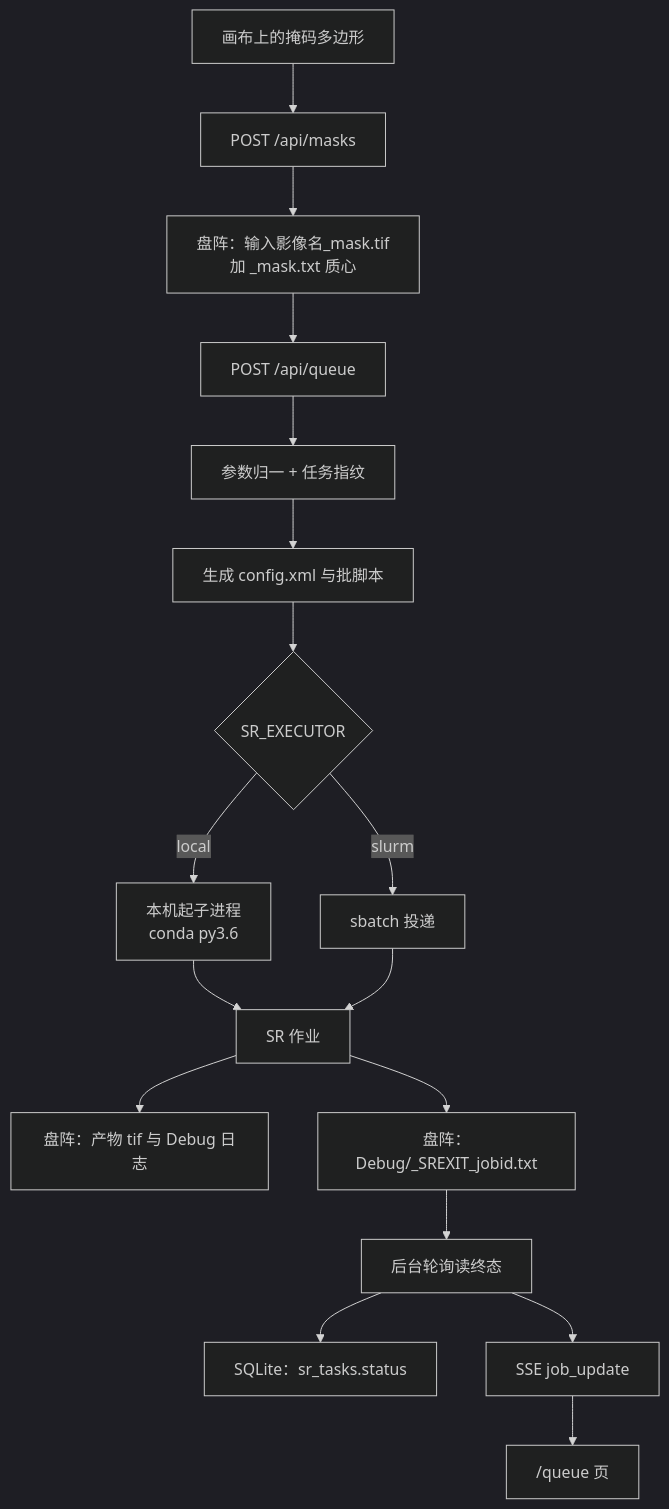
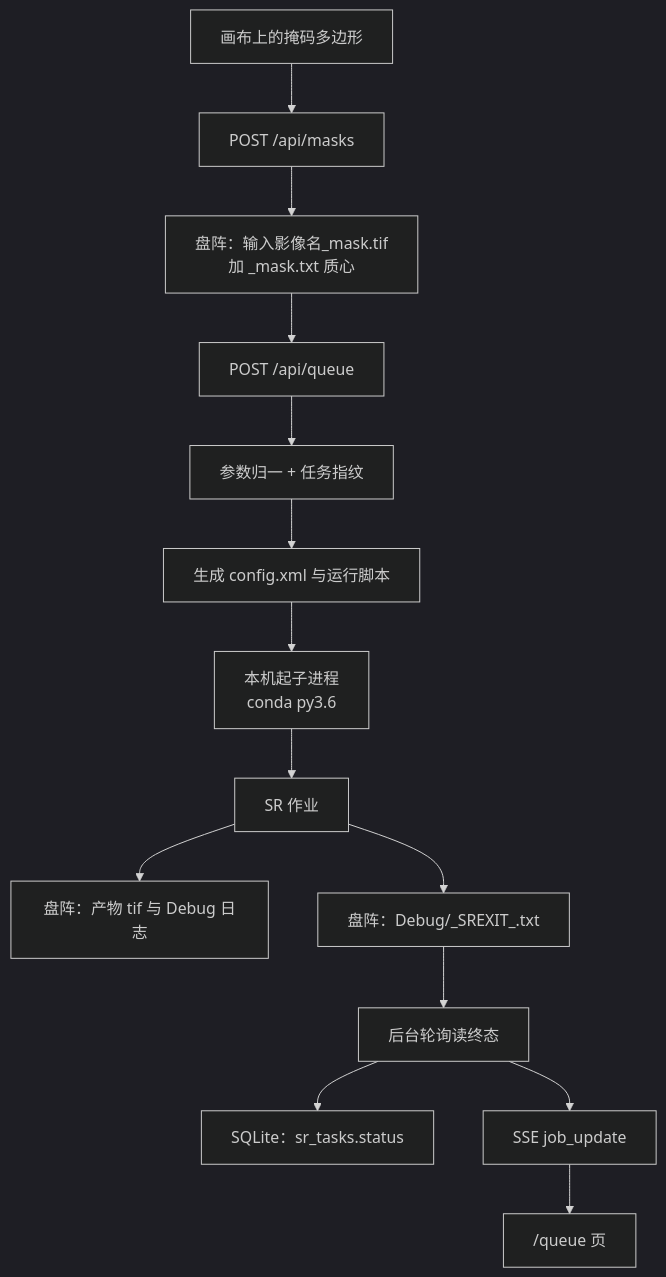
The first of 5 diagrams in docs/knowledge/io-pipeline/sr-io.md (Jason001028/sr_agent_platform), drawn with Mermaid (dark theme) before and after one commit. The commit also changed other lines of this file and 74 other files, not shown here.

````diff
--- a/docs/knowledge/io-pipeline/sr-io.md
+++ b/docs/knowledge/io-pipeline/sr-io.md
@@ -16,19 +16,16 @@
 ```mermaid
 flowchart TD
   MK["画布上的掩码多边形"] --> BM["POST /api/masks"]
   BM --> MF["盘阵：输入影像名_mask.tif<br/>加 _mask.txt 质心"]
   MF --> Q["POST /api/queue"]
   Q --> NORM["参数归一 + 任务指纹"]
-  NORM --> GEN["生成 config.xml 与批脚本"]
-  GEN --> EXEC{"SR_EXECUTOR"}
-  EXEC -->|"local"| LOC["本机起子进程<br/>conda py3.6"]
-  EXEC -->|"slurm"| SLU["sbatch 投递"]
-  LOC --> JOB["SR 作业"]
-  SLU --> JOB
+  NORM --> GEN["生成 config.xml 与运行脚本"]
+  GEN --> EXEC["本机起子进程<br/>conda py3.6"]
+  EXEC --> JOB["SR 作业"]
   JOB --> PROD["盘阵：产物 tif 与 Debug 日志"]
-  JOB --> EXF["盘阵：Debug/_SREXIT_jobid.txt"]
+  JOB --> EXF["盘阵：Debug/_SREXIT_<job_id>.txt"]
   EXF --> POLL["后台轮询读终态"]
   POLL --> SQL["SQLite：sr_tasks.status"]
   POLL --> SSE["SSE job_update"]
   SSE --> UI["/queue 页"]
 ```
````
